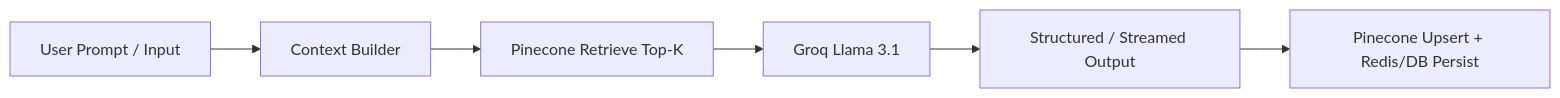
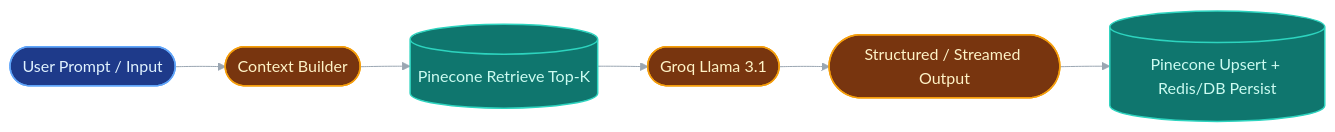
Before and after one commit to AbhinavSinghBhadouria/InterViewX: the third of 4 diagrams in README.md, drawn with Mermaid. The commit also changed other lines of this file and 1 other file, not shown here.

Commit message:
Add styling to mermaid diagrams

````diff
--- a/README.md
+++ b/README.md
@@ -115,8 +139,17 @@
 ```mermaid
+%%{init: {"theme": "base", "themeVariables": {"background": "#0b1020", "primaryColor": "#1b2333", "primaryBorderColor": "#3a4a66", "primaryTextColor": "#e6edf3", "lineColor": "#9aa6b2"}, "flowchart": {"curve": "basis"}}}%%
 flowchart LR
-  UQ[User Prompt / Input] --> C[Context Builder]
-  C --> MEM[Pinecone Retrieve Top-K]
-  MEM --> LLM[Groq Llama 3.1]
-  LLM --> OUT[Structured / Streamed Output]
-  OUT --> STORE[Pinecone Upsert + Redis/DB Persist]
+  UQ([User Prompt / Input]) --> C([Context Builder])
+  C --> MEM[(Pinecone Retrieve Top-K)]
+  MEM --> LLM([Groq Llama 3.1])
+  LLM --> OUT([Structured / Streamed Output])
+  OUT --> STORE[(Pinecone Upsert + Redis/DB Persist)]
+
+  classDef frontend fill:#1e3a8a,stroke:#60a5fa,color:#e0f2fe,stroke-width:1.5px;
+  classDef compute fill:#78350f,stroke:#f59e0b,color:#fef3c7,stroke-width:1.5px;
+  classDef database fill:#0f766e,stroke:#2dd4bf,color:#ccfbf1,stroke-width:1.5px;
+
+  class UQ frontend;
+  class C,LLM,OUT compute;
+  class MEM,STORE database;
 ```
````
